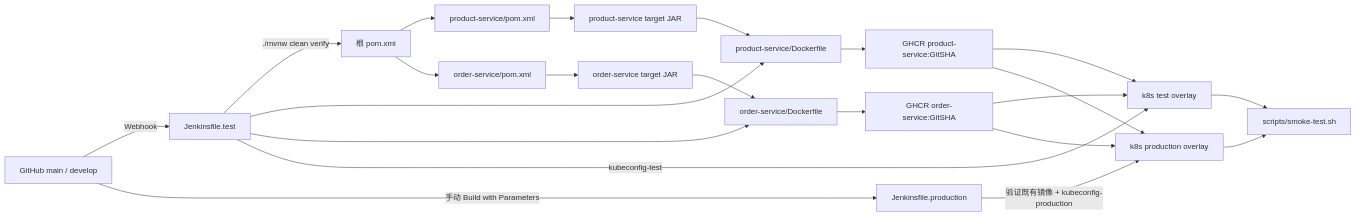
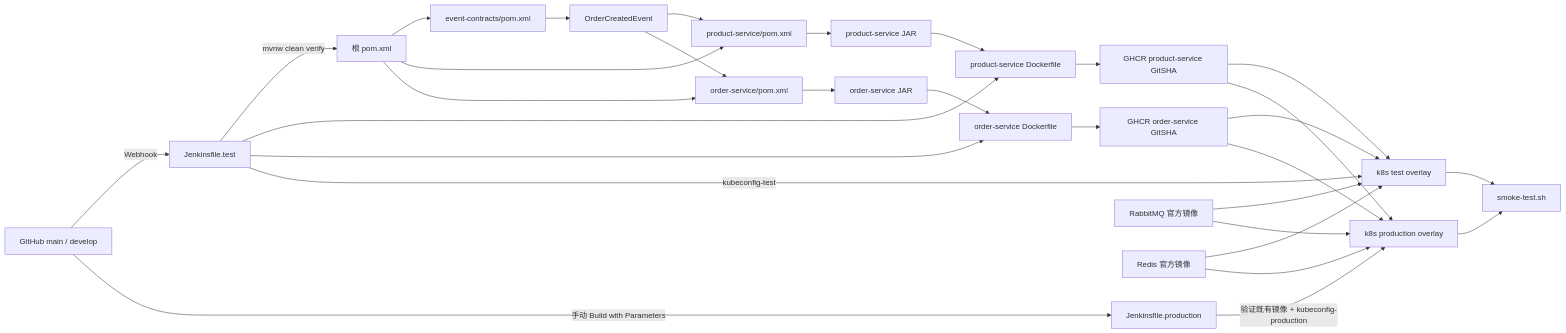
The first of 5 diagrams in docs/configuration-flow.md (helloworld250902-crypto/springboot-microservices-cicd-demo), drawn with Mermaid before and after one commit. The commit also changed other lines of this file and 4 other files, not shown here.

````diff
--- a/docs/configuration-flow.md
+++ b/docs/configuration-flow.md
@@ -7,28 +8,36 @@
 ```mermaid
 flowchart LR
     GH[GitHub main / develop] -->|Webhook| JT[Jenkinsfile.test]
     GH -->|手动 Build with Parameters| JP[Jenkinsfile.production]
 
-    POM[根 pom.xml] --> PM[product-service/pom.xml]
+    POM[根 pom.xml] --> EC[event-contracts/pom.xml]
+    POM --> PM[product-service/pom.xml]
     POM --> OM[order-service/pom.xml]
-    JT -->|./mvnw clean verify| POM
+    JT -->|mvnw clean verify| POM
 
-    PM --> PJ[product-service target JAR]
-    OM --> OJ[order-service target JAR]
-    PJ --> PDF[product-service/Dockerfile]
-    OJ --> ODF[order-service/Dockerfile]
+    EC --> DTO[OrderCreatedEvent]
+    DTO --> PM
+    DTO --> OM
+    PM --> PJ[product-service JAR]
+    OM --> OJ[order-service JAR]
+    PJ --> PDF[product-service Dockerfile]
+    OJ --> ODF[order-service Dockerfile]
     JT --> PDF
     JT --> ODF
 
-    PDF --> PI[GHCR product-service:GitSHA]
-    ODF --> OI[GHCR order-service:GitSHA]
+    PDF --> PI[GHCR product-service GitSHA]
+    ODF --> OI[GHCR order-service GitSHA]
     PI --> KT[k8s test overlay]
     OI --> KT
     PI --> KP[k8s production overlay]
     OI --> KP
+    RMQ[RabbitMQ 官方镜像] --> KT
+    REDIS[Redis 官方镜像] --> KT
+    RMQ --> KP
+    REDIS --> KP
 
     JT -->|kubeconfig-test| KT
     JP -->|验证既有镜像 + kubeconfig-production| KP
-    KT --> ST[scripts/smoke-test.sh]
+    KT --> ST[smoke-test.sh]
     KP --> ST
 ```
````
